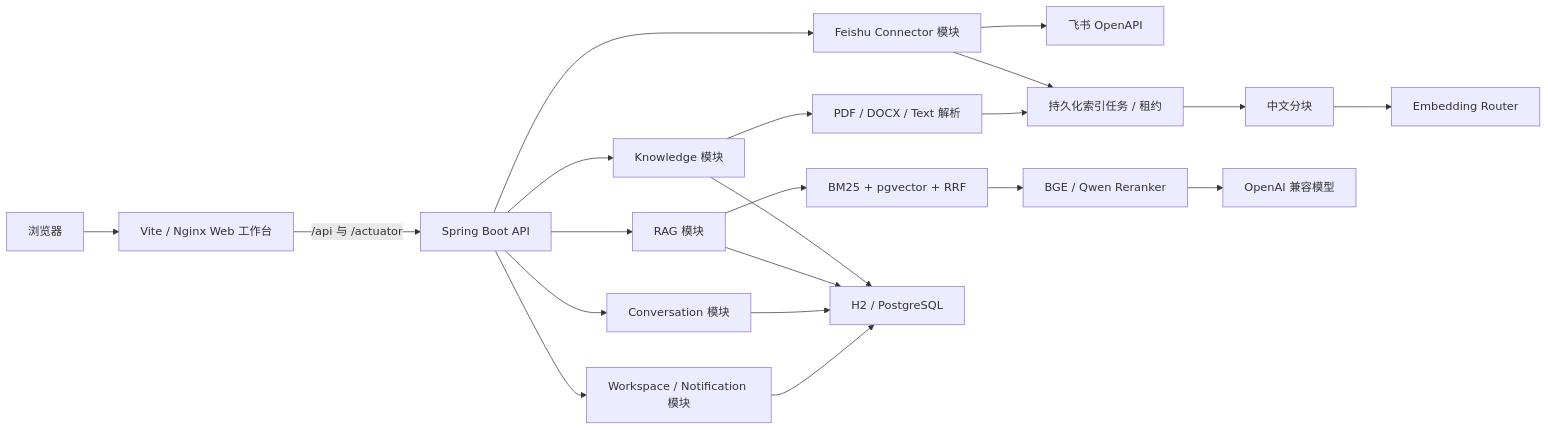
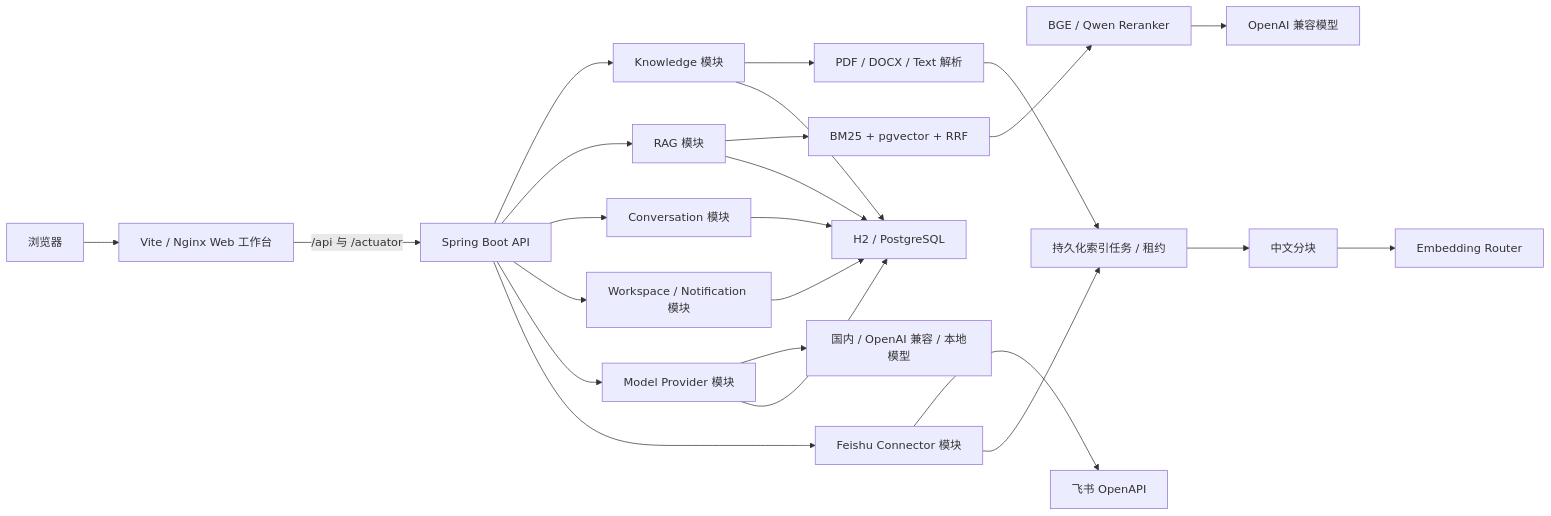
Before and after one commit to wang-zhengxin/JadeBase: the diagram in docs/architecture.md, drawn with Mermaid. The commit also changed other lines of this file and 31 other files, not shown here.

````diff
--- a/docs/architecture.md
+++ b/docs/architecture.md
@@ -5,23 +5,26 @@
 ```mermaid
 flowchart LR
     Browser["浏览器"] --> UI["Vite / Nginx Web 工作台"]
     UI -->|"/api 与 /actuator"| API["Spring Boot API"]
     API --> KB["Knowledge 模块"]
     API --> RAG["RAG 模块"]
     API --> Conversation["Conversation 模块"]
     API --> Workspace["Workspace / Notification 模块"]
+    API --> Models["Model Provider 模块"]
     API --> Feishu["Feishu Connector 模块"]
+    Models --> ModelAPI["国内 / OpenAI 兼容 / 本地模型"]
     Feishu --> OpenAPI["飞书 OpenAPI"]
     Feishu --> Queue
     KB --> Parser["PDF / DOCX / Text 解析"]
     Parser --> Queue["持久化索引任务 / 租约"]
     Queue --> Chunker["中文分块"]
     Chunker --> Embed["Embedding Router"]
     RAG --> Retrieve["BM25 + pgvector + RRF"]
     Retrieve --> Rerank["BGE / Qwen Reranker"]
     Rerank --> Model["OpenAI 兼容模型"]
     KB --> DB["H2 / PostgreSQL"]
     RAG --> DB
     Conversation --> DB
     Workspace --> DB
+    Models --> DB
 ```
````
